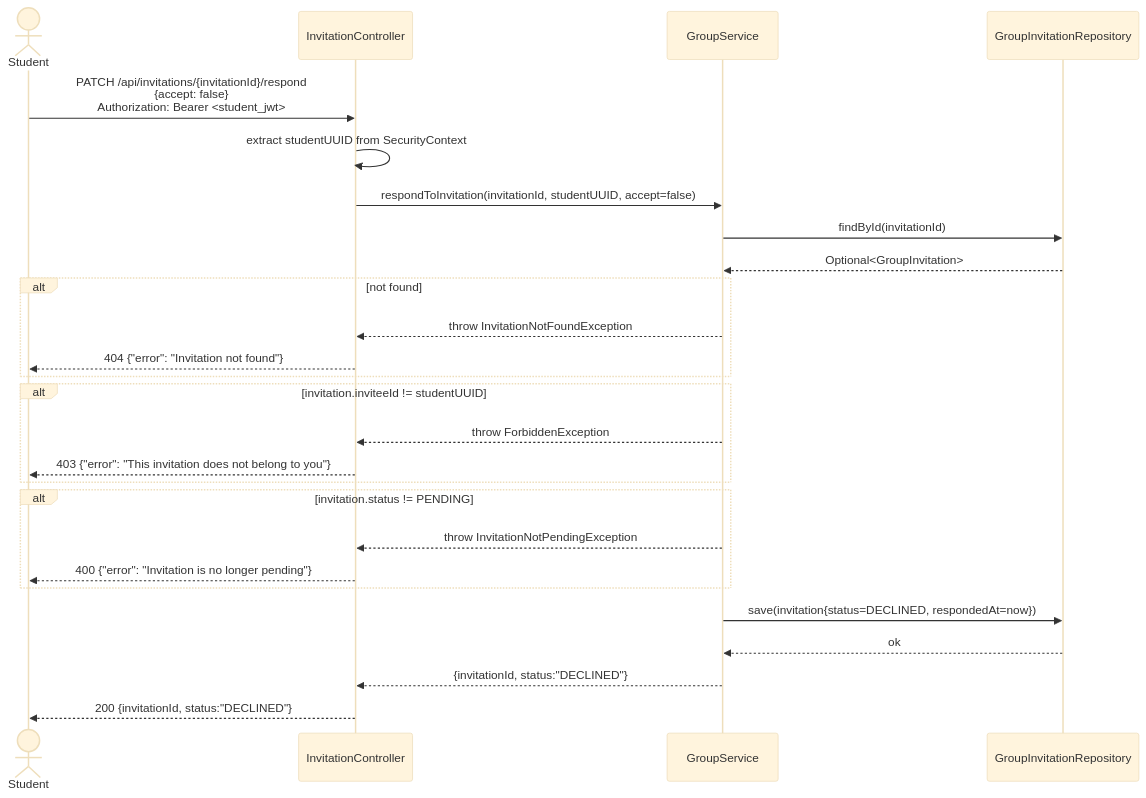
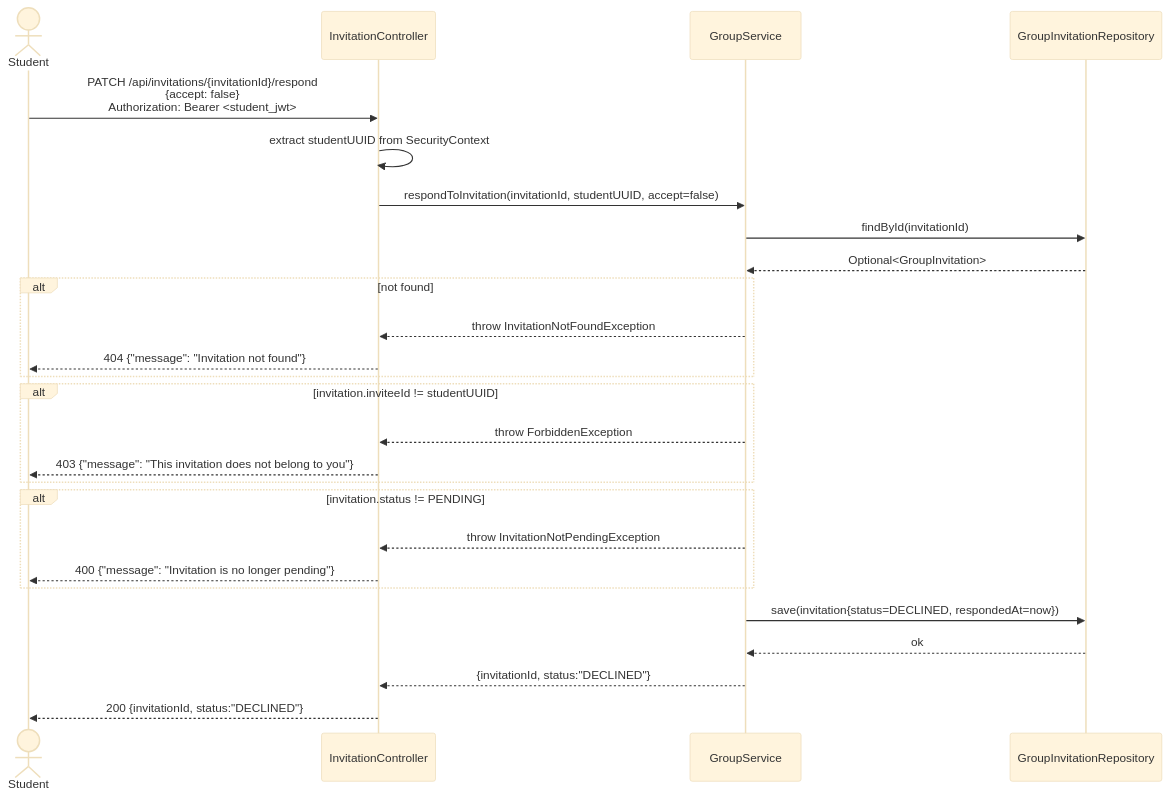
Before and after one commit to SE3318-Spring-2025-2026/senior-app-6: the second of 3 diagrams in docs/process2/sequences/2.3_invitation_respond_p2.md, drawn with Mermaid (base theme). The commit also changed other lines of this file and 27 other files, not shown here.

````diff
--- a/docs/process2/sequences/2.3_invitation_respond_p2.md
+++ b/docs/process2/sequences/2.3_invitation_respond_p2.md
@@ -38,36 +38,36 @@
 ```mermaid
 sequenceDiagram
     actor Student
     participant InvitationController
     participant GroupService
     participant GroupInvitationRepository
 
     Student->>InvitationController: PATCH /api/invitations/{invitationId}/respond<br/>{accept: false}<br/>Authorization: Bearer <student_jwt>
 
     InvitationController->>InvitationController: extract studentUUID from SecurityContext
     InvitationController->>GroupService: respondToInvitation(invitationId, studentUUID, accept=false)
 
     GroupService->>GroupInvitationRepository: findById(invitationId)
     GroupInvitationRepository-->>GroupService: Optional<GroupInvitation>
 
     alt not found
         GroupService-->>InvitationController: throw InvitationNotFoundException
-        InvitationController-->>Student: 404 {"error": "Invitation not found"}
+        InvitationController-->>Student: 404 {"message": "Invitation not found"}
     end
 
     alt invitation.inviteeId != studentUUID
         GroupService-->>InvitationController: throw ForbiddenException
-        InvitationController-->>Student: 403 {"error": "This invitation does not belong to you"}
+        InvitationController-->>Student: 403 {"message": "This invitation does not belong to you"}
     end
 
     alt invitation.status != PENDING
         GroupService-->>InvitationController: throw InvitationNotPendingException
-        InvitationController-->>Student: 400 {"error": "Invitation is no longer pending"}
+        InvitationController-->>Student: 400 {"message": "Invitation is no longer pending"}
     end
 
     GroupService->>GroupInvitationRepository: save(invitation{status=DECLINED, respondedAt=now})
     GroupInvitationRepository-->>GroupService: ok
 
     GroupService-->>InvitationController: {invitationId, status:"DECLINED"}
     InvitationController-->>Student: 200 {invitationId, status:"DECLINED"}
 ```
````
